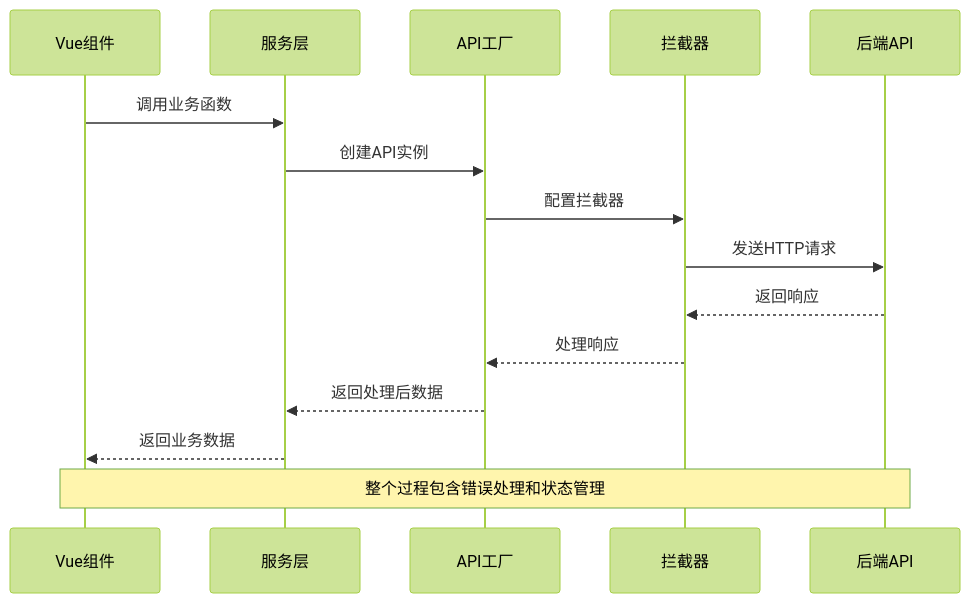
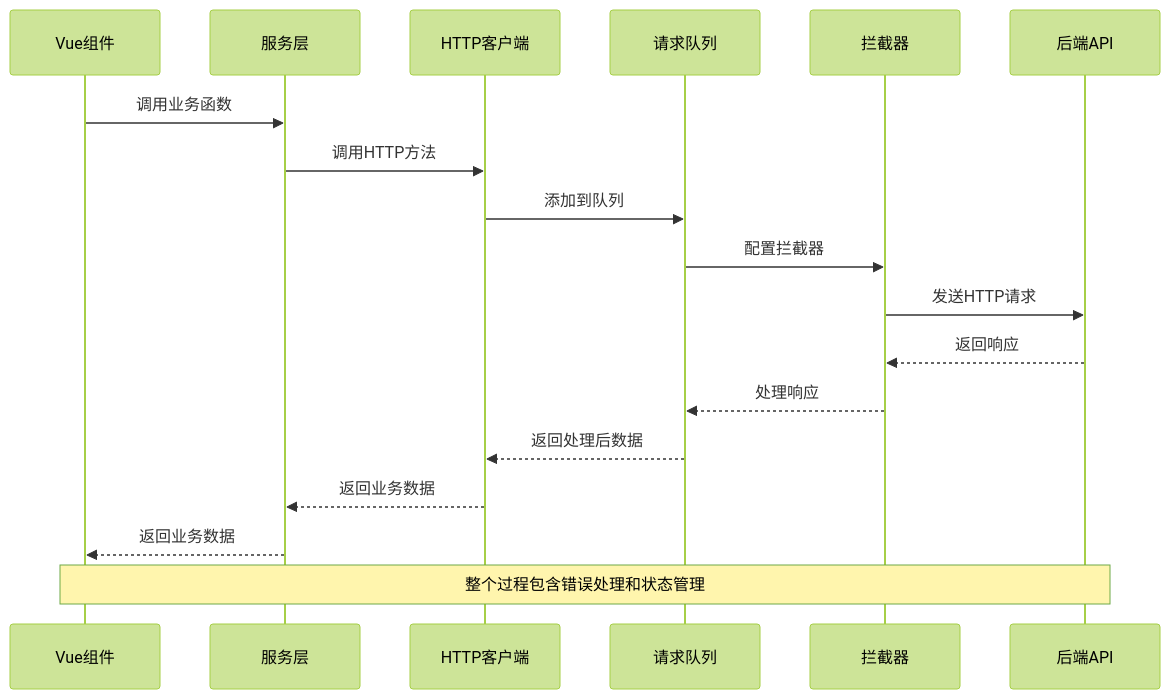
One commit to zhibo1997/government-dashboard changed diagram 11 of 14 in .qoder/repowiki/zh/content/API集成/API集成.md. Above: the diagram before and after it, drawn with Mermaid (forest theme). The commit also changed other lines of this file and 28 other files, not shown here.

````diff
--- a/.qoder/repowiki/zh/content/API集成/API集成.md
+++ b/.qoder/repowiki/zh/content/API集成/API集成.md
@@ -324,17 +375,20 @@
 ```mermaid
 sequenceDiagram
 participant Component as Vue组件
 participant Service as 服务层
-participant Factory as API工厂
+participant HttpClient as HTTP客户端
+participant RequestQueue as 请求队列
 participant Interceptor as 拦截器
 participant Backend as 后端API
 Component->>Service : 调用业务函数
-Service->>Factory : 创建API实例
-Factory->>Interceptor : 配置拦截器
+Service->>HttpClient : 调用HTTP方法
+HttpClient->>RequestQueue : 添加到队列
+RequestQueue->>Interceptor : 配置拦截器
 Interceptor->>Backend : 发送HTTP请求
 Backend-->>Interceptor : 返回响应
-Interceptor-->>Factory : 处理响应
-Factory-->>Service : 返回处理后数据
+Interceptor-->>RequestQueue : 处理响应
+RequestQueue-->>HttpClient : 返回处理后数据
+HttpClient-->>Service : 返回业务数据
 Service-->>Component : 返回业务数据
 Note over Component,Backend : 整个过程包含错误处理和状态管理
 ```
````
